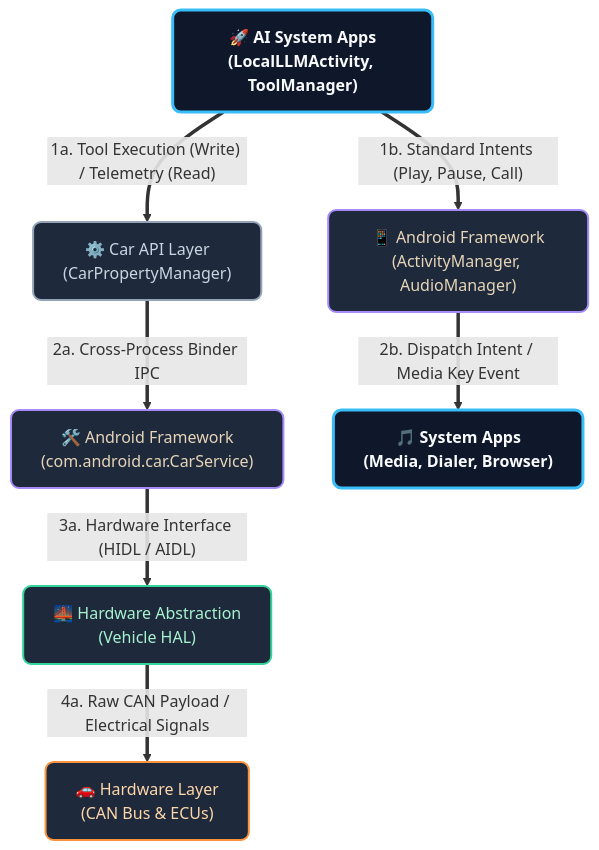
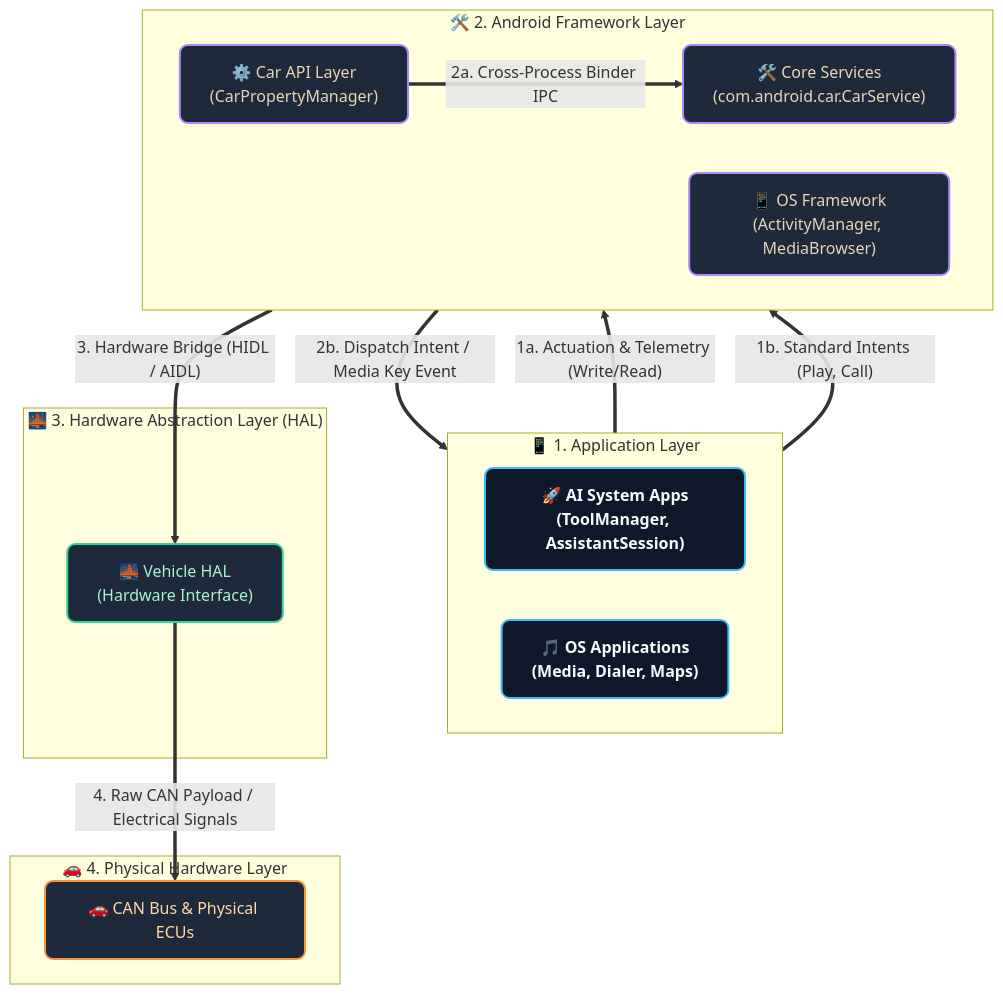
One commit to hemangpandhi/ai-assistant changed the second of 3 diagrams in ARCHITECTURE.md. Above: the diagram before and after it, drawn with Mermaid. The commit also changed other lines of this file, not shown here.

Commit message:
docs: merge AOSP integration and vertical layer stack diagrams into one unified visual

````diff
--- a/ARCHITECTURE.md
+++ b/ARCHITECTURE.md
@@ -101,32 +101,40 @@
 ```mermaid
 flowchart TD
     %% Professional Styling
-    classDef app fill:#0F172A,stroke:#38BDF8,stroke-width:3px,color:#F8FAFC,rx:8px,ry:8px,font-weight:bold;
-    classDef api fill:#1E293B,stroke:#94A3B8,stroke-width:2px,color:#CBD5E1,rx:8px,ry:8px;
+    classDef app fill:#0F172A,stroke:#38BDF8,stroke-width:2px,color:#F8FAFC,rx:8px,ry:8px,font-weight:bold;
     classDef framework fill:#1E293B,stroke:#A78BFA,stroke-width:2px,color:#E6D5B8,rx:8px,ry:8px;
     classDef hal fill:#1E293B,stroke:#34D399,stroke-width:2px,color:#A7F3D0,rx:8px,ry:8px;
     classDef hw fill:#1E293B,stroke:#FB923C,stroke-width:2px,color:#FED7AA,rx:8px,ry:8px;
 
-    APP_LLM["🚀 AI System Apps<br/>(LocalLLMActivity, ToolManager)"]:::app
+    subgraph L1 ["📱 1. Application Layer"]
+        direction LR
+        APP_LLM["🚀 AI System Apps<br/>(ToolManager, AssistantSession)"]:::app
+        SYSTEM_APPS["🎵 OS Applications<br/>(Media, Dialer, Maps)"]:::app
+    end
     
-    CPM["⚙️ Car API Layer<br/>(CarPropertyManager)"]:::api
+    subgraph L2 ["🛠️ 2. Android Framework Layer"]
+        direction LR
+        CPM["⚙️ Car API Layer<br/>(CarPropertyManager)"]:::framework
+        AM["📱 OS Framework<br/>(ActivityManager, MediaBrowser)"]:::framework
+        CS["🛠️ Core Services<br/>(com.android.car.CarService)"]:::framework
+    end
     
-    CS["🛠️ Android Framework<br/>(com.android.car.CarService)"]:::framework
+    subgraph L3 ["🌉 3. Hardware Abstraction Layer (HAL)"]
+        VHAL["🌉 Vehicle HAL<br/>(Hardware Interface)"]:::hal
+    end
     
-    AM["📱 Android Framework<br/>(ActivityManager, AudioManager)"]:::framework
-    
-    VHAL["🌉 Hardware Abstraction<br/>(Vehicle HAL)"]:::hal
-    
-    CAN["🚗 Hardware Layer<br/>(CAN Bus & ECUs)"]:::hw
-    
-    SYSTEM_APPS["🎵 System Apps<br/>(Media, Dialer, Browser)"]:::app
+    subgraph L4 ["🚗 4. Physical Hardware Layer"]
+        CAN["🚗 CAN Bus & Physical ECUs"]:::hw
+    end
 
     %% Data flow mapping
-    APP_LLM ==>|"1a. Tool Execution (Write) / Telemetry (Read)"| CPM
+    APP_LLM ==>|"1a. Actuation & Telemetry (Write/Read)"| CPM
+    APP_LLM ==>|"1b. Standard Intents (Play, Call)"| AM
+    
     CPM ==>|"2a. Cross-Process Binder IPC"| CS
-    CS ==>|"3a. Hardware Interface (HIDL / AIDL)"| VHAL
-    VHAL ==>|"4a. Raw CAN Payload / Electrical Signals"| CAN
+    CS ==>|"3. Hardware Bridge (HIDL / AIDL)"| VHAL
     
-    APP_LLM ==>|"1b. Standard Intents (Play, Pause, Call)"| AM
     AM ==>|"2b. Dispatch Intent / Media Key Event"| SYSTEM_APPS
+    
+    VHAL ==>|"4. Raw CAN Payload / Electrical Signals"| CAN
 ```
````
